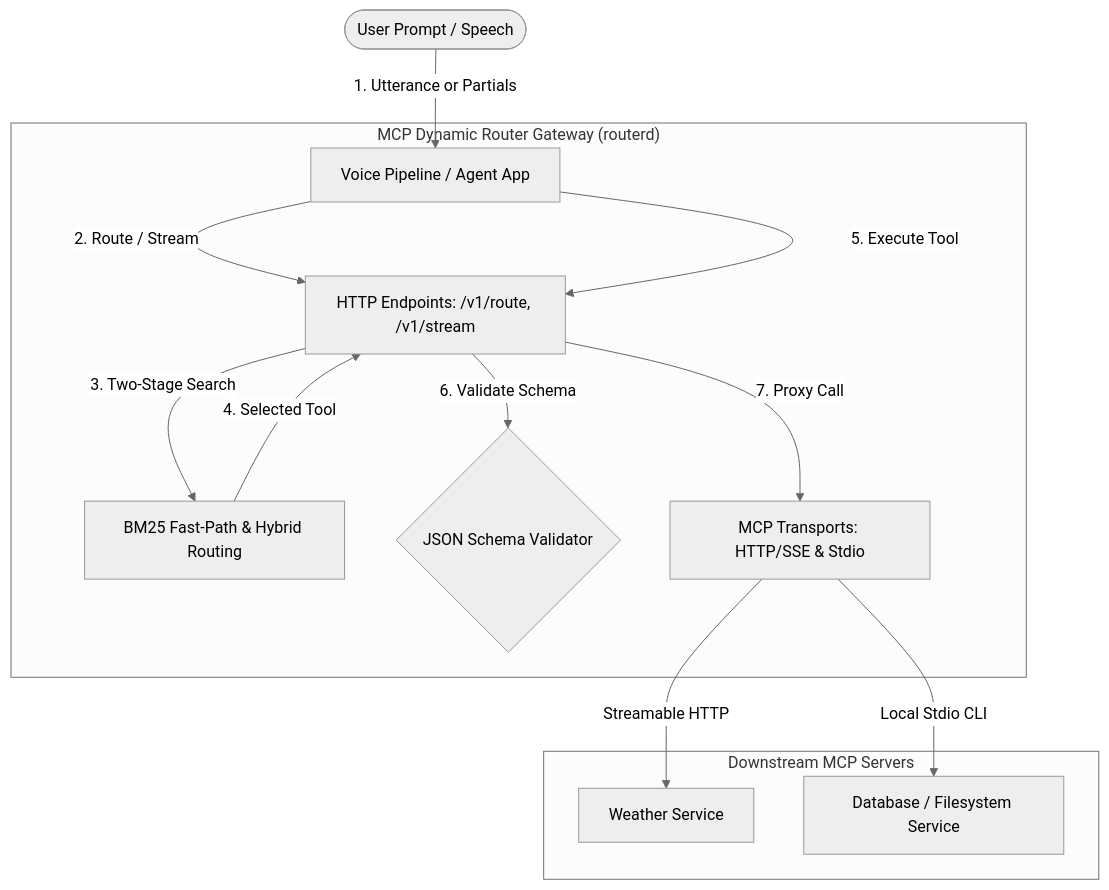
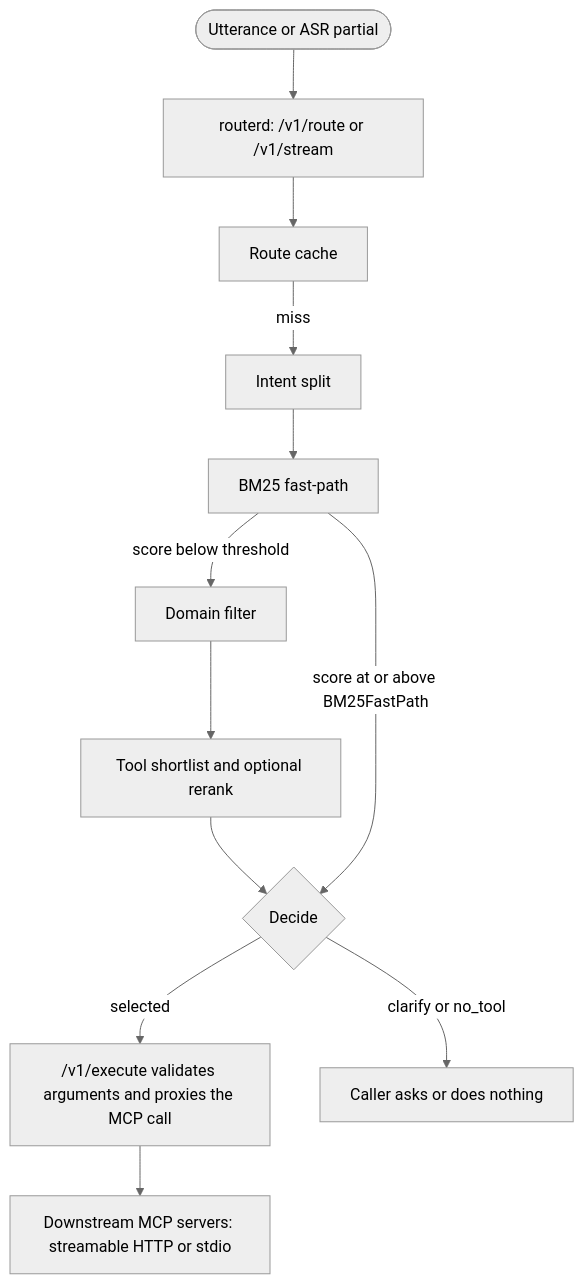
One commit to Kavin-bm/Mcp-Dynamic-Router changed the diagram in README.md. Above: the diagram before and after it, drawn with Mermaid (neutral theme). The commit also changed other lines of this file and 23 other files, not shown here.

First line of the commit message:
feat: add optional routing traces and a labelled accuracy eval

````diff
--- a/README.md
+++ b/README.md
@@ -30,18 +20,14 @@
 ```mermaid
 graph TD
-    User([User Prompt / Speech]) -->|1. Utterance or Partials| Agent[Voice Pipeline / Agent App]
-    
-    subgraph Gateway ["MCP Dynamic Router Gateway (routerd)"]
-        Agent -->|2. Route / Stream| API[HTTP Endpoints: /v1/route, /v1/stream]
-        API -->|3. Two-Stage Search| Engine[BM25 Fast-Path & Hybrid Routing]
-        Engine -->|4. Selected Tool| API
-        Agent -->|5. Execute Tool| API
-        API -->|6. Validate Schema| Validator{JSON Schema Validator}
-        API -->|7. Proxy Call| Downstream[MCP Transports: HTTP/SSE & Stdio]
-    end
-    
-    subgraph Servers ["Downstream MCP Servers"]
-        Downstream -->|Streamable HTTP| S1[Weather Service]
-        Downstream -->|Local Stdio CLI| S2[Database / Filesystem Service]
-    end
+    User([Utterance or ASR partial]) --> API["routerd: /v1/route or /v1/stream"]
+    API --> Cache[Route cache]
+    Cache -->|miss| Split[Intent split]
+    Split --> Fast[BM25 fast-path]
+    Fast -->|score below threshold| Domain[Domain filter]
+    Domain --> Select[Tool shortlist and optional rerank]
+    Select --> Decide{Decide}
+    Fast -->|score at or above BM25FastPath| Decide
+    Decide -->|selected| Execute["/v1/execute validates arguments and proxies the MCP call"]
+    Decide -->|clarify or no_tool| Agent[Caller asks or does nothing]
+    Execute --> Downstream[Downstream MCP servers: streamable HTTP or stdio]
 ```
````
